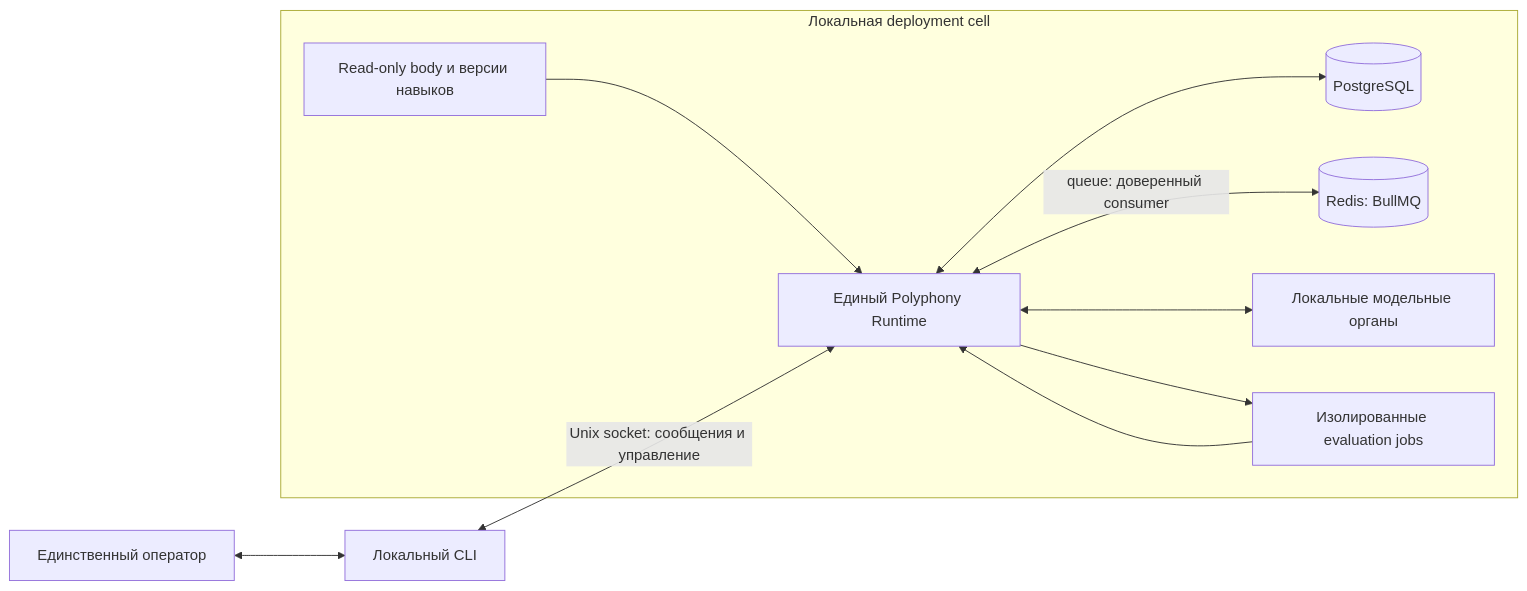
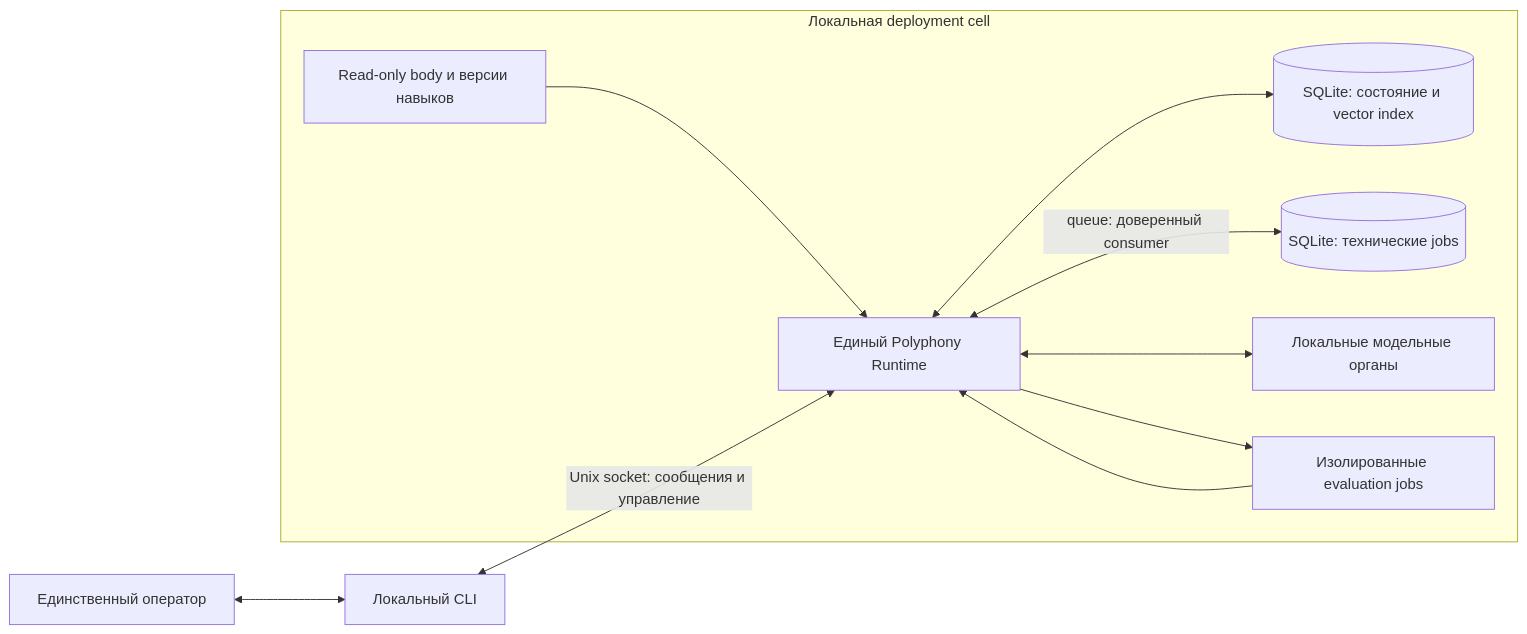
The first of 3 diagrams in docs/architecture.md (kostysh/yaagi), drawn with Mermaid before and after one commit. The commit also changed other lines of this file and 7 other files, not shown here.

Commit message:
docs(architecture): 📝 adopt SQLite and portable queue boundaries

````diff
--- a/docs/architecture.md
+++ b/docs/architecture.md
@@ -29,19 +29,19 @@
 ```mermaid
 flowchart LR
     Operator[Единственный оператор] <--> CLI[Локальный CLI]
     subgraph Cell[Локальная deployment cell]
         Runtime[Единый Polyphony Runtime]
-        DB[(PostgreSQL)]
-        Redis[(Redis: BullMQ)]
+        DB[(SQLite: состояние и vector index)]
+        QueueDB[(SQLite: технические jobs)]
         Models[Локальные модельные органы]
         Jobs[Изолированные evaluation jobs]
         Body[Read-only body и версии навыков]
         Runtime <--> DB
-        Runtime <-->|queue: доверенный consumer| Redis
+        Runtime <-->|queue: доверенный consumer| QueueDB
         Runtime <--> Models
         Runtime --> Jobs
         Jobs --> Runtime
         Body --> Runtime
     end
     CLI <-->|Unix socket: сообщения и управление| Runtime
 ```
````
